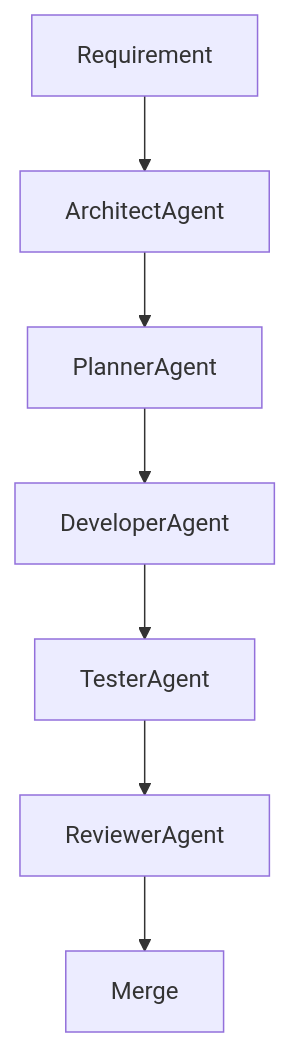
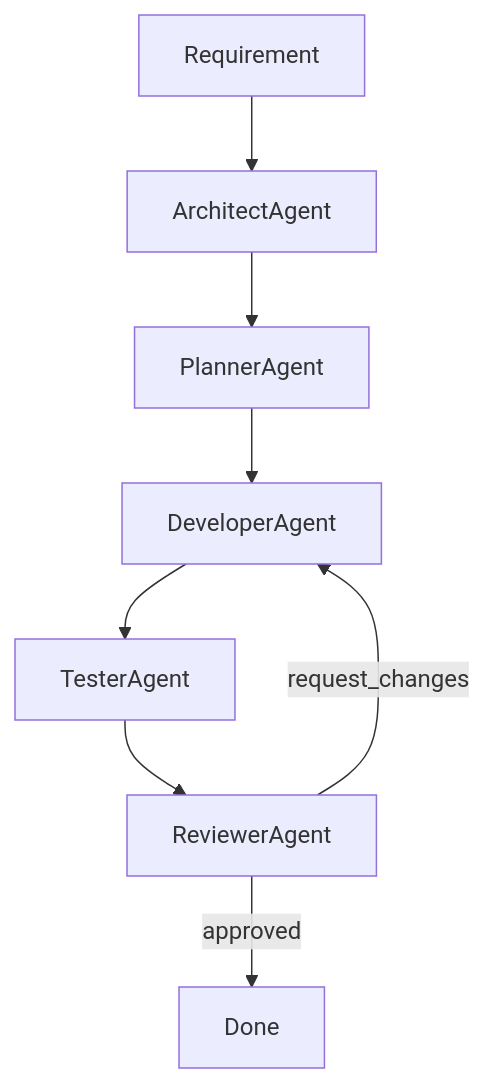
Before and after one commit to camercadop/agentic-workflow-automation-platform: the diagram in README.md, drawn with Mermaid. The commit also changed other lines of this file and 15 other files, not shown here.

````diff
--- a/README.md
+++ b/README.md
@@ -303,9 +312,10 @@
 ```mermaid
 flowchart TD
     A[Requirement] --> B[ArchitectAgent]
     B --> C[PlannerAgent]
     C --> D[DeveloperAgent]
     D --> E[TesterAgent]
     E --> F[ReviewerAgent]
-    F --> G[Merge]
+    F -->|approved| G[Done]
+    F -->|request_changes| D
 ```
````
